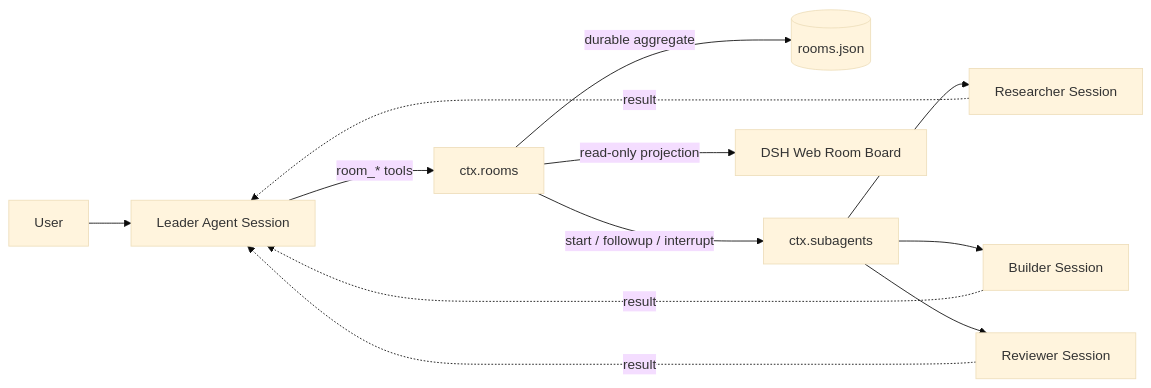
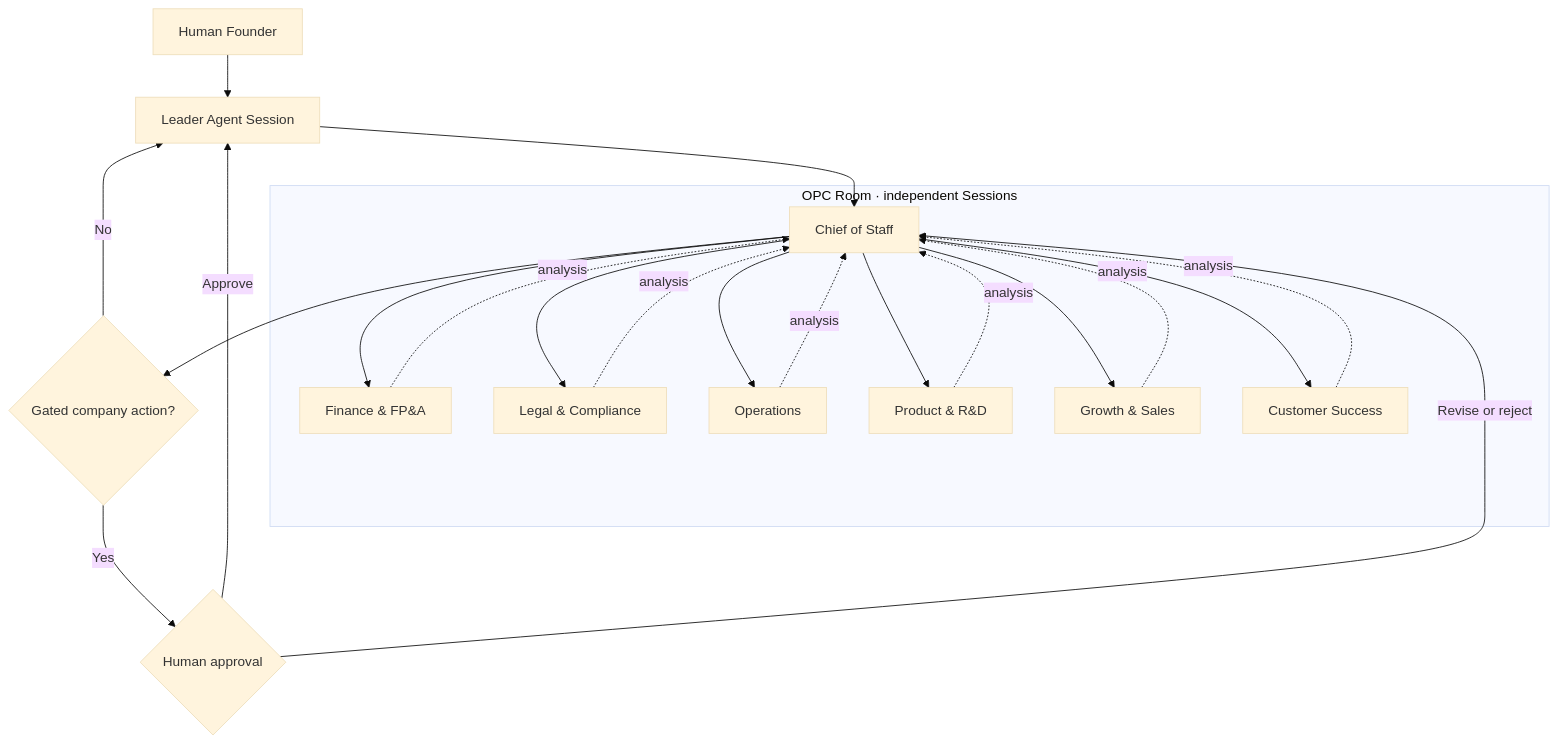
One commit to ishuowang/dsh-agent-team-room changed the second of 2 diagrams in README.md. Above: the diagram before and after it, drawn with Mermaid (base theme). The commit also changed other lines of this file and 39 other files, not shown here.

````diff
--- a/README.md
+++ b/README.md
@@ -31,14 +123,34 @@
 ```mermaid
-flowchart LR
-  U[User] --> L[Leader Agent Session]
-  L -->|room_* tools| R[ctx.rooms]
-  R -->|durable aggregate| J[(rooms.json)]
-  R -->|start / followup / interrupt| S[ctx.subagents]
-  S --> A1[Researcher Session]
-  S --> A2[Builder Session]
-  S --> A3[Reviewer Session]
-  A1 -. result .-> L
-  A2 -. result .-> L
-  A3 -. result .-> L
-  R -->|read-only projection| W[DSH Web Room Board]
+flowchart TB
+  H[Human Founder] --> L[Leader Agent Session]
+
+  subgraph ROOM[OPC Room · independent Sessions]
+    C[Chief of Staff]
+    F["Finance & FP&A"]
+    G["Legal & Compliance"]
+    O[Operations]
+    R["Product & R&D"]
+    M["Growth & Sales"]
+    S[Customer Success]
+
+    C --> F
+    C --> G
+    C --> O
+    C --> R
+    C --> M
+    C --> S
+    F -. analysis .-> C
+    G -. analysis .-> C
+    O -. analysis .-> C
+    R -. analysis .-> C
+    M -. analysis .-> C
+    S -. analysis .-> C
+  end
+
+  L --> C
+  C --> D{Gated company action?}
+  D -->|No| L
+  D -->|Yes| A{Human approval}
+  A -->|Approve| L
+  A -->|Revise or reject| C
 ```
````
